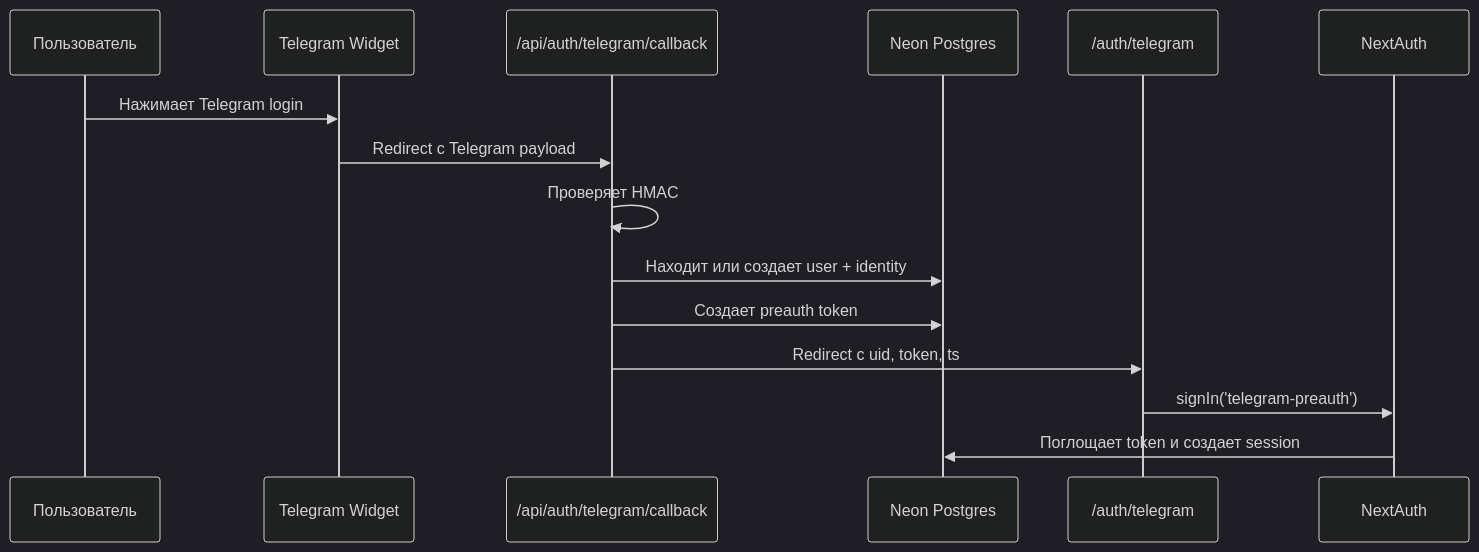
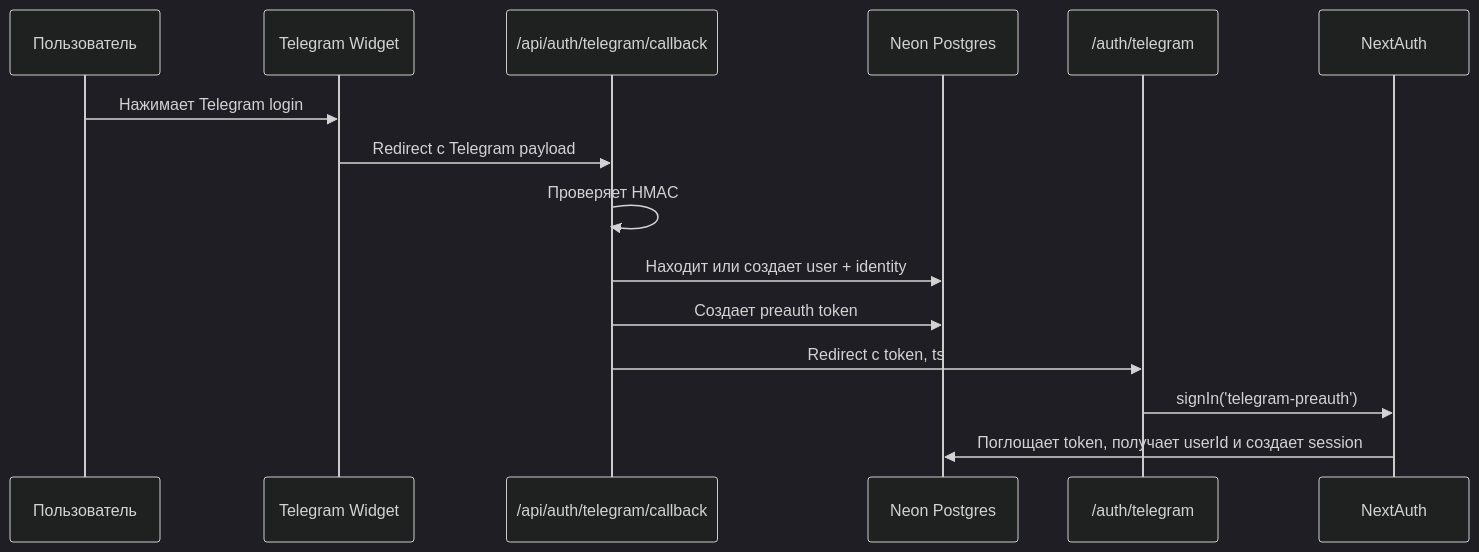
The second of 2 diagrams in docs/wiki/Auth-and-Users.md (bon2362/book-club), drawn with Mermaid (dark theme) before and after one commit. The commit also changed other lines of this file and 30 other files, not shown here.

````diff
--- a/docs/wiki/Auth-and-Users.md
+++ b/docs/wiki/Auth-and-Users.md
@@ -58,18 +58,18 @@
 ```mermaid
 sequenceDiagram
     participant U as Пользователь
     participant T as Telegram Widget
     participant C as /api/auth/telegram/callback
     participant DB as Neon Postgres
     participant P as /auth/telegram
     participant N as NextAuth
 
     U->>T: Нажимает Telegram login
     T->>C: Redirect с Telegram payload
     C->>C: Проверяет HMAC
     C->>DB: Находит или создает user + identity
     C->>DB: Создает preauth token
-    C->>P: Redirect с uid, token, ts
+    C->>P: Redirect с token, ts
     P->>N: signIn('telegram-preauth')
-    N->>DB: Поглощает token и создает session
+    N->>DB: Поглощает token, получает userId и создает session
 ```
````
